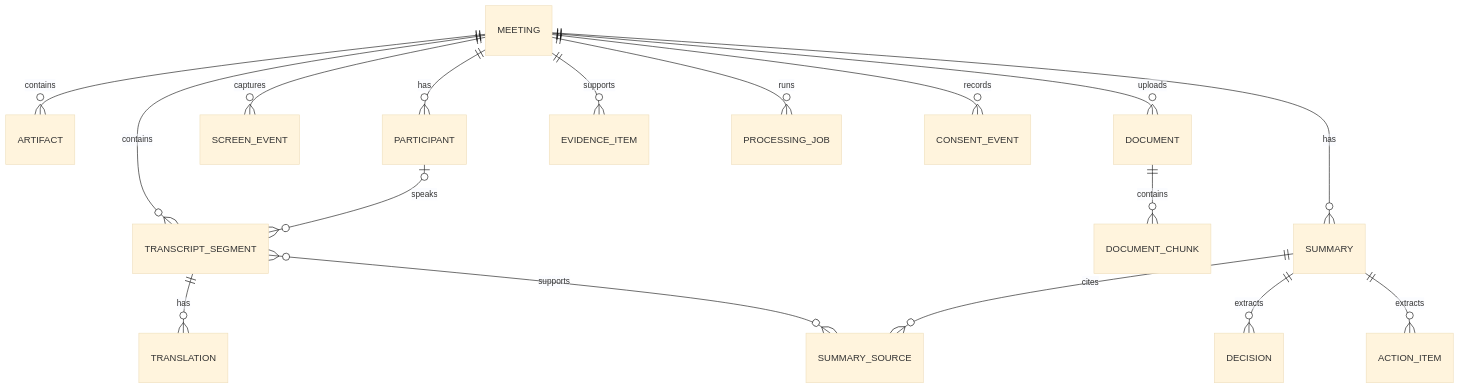
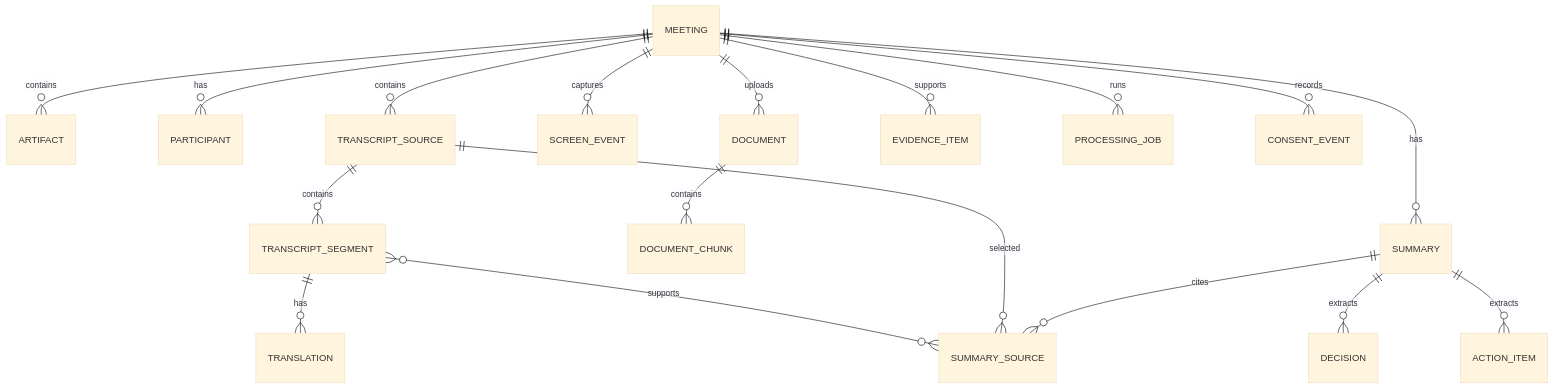
One commit to Gray-8a/MeetingLens changed the diagram in DATA_MODEL.md. Above: the diagram before and after it, drawn with Mermaid (base theme). The commit also changed other lines of this file and 7 other files, not shown here.

Commit message:
docs: prioritize transcript-first summary workflow (#15)

````diff
--- a/DATA_MODEL.md
+++ b/DATA_MODEL.md
@@ -14,19 +14,20 @@
 ```mermaid
 erDiagram
     MEETING ||--o{ ARTIFACT : contains
     MEETING ||--o{ PARTICIPANT : has
-    MEETING ||--o{ TRANSCRIPT_SEGMENT : contains
-    PARTICIPANT o|--o{ TRANSCRIPT_SEGMENT : speaks
+    MEETING ||--o{ TRANSCRIPT_SOURCE : contains
+    TRANSCRIPT_SOURCE ||--o{ TRANSCRIPT_SEGMENT : contains
     TRANSCRIPT_SEGMENT ||--o{ TRANSLATION : has
     MEETING ||--o{ SCREEN_EVENT : captures
     MEETING ||--o{ DOCUMENT : uploads
     DOCUMENT ||--o{ DOCUMENT_CHUNK : contains
     MEETING ||--o{ EVIDENCE_ITEM : supports
     MEETING ||--o{ SUMMARY : has
     SUMMARY ||--o{ DECISION : extracts
     SUMMARY ||--o{ ACTION_ITEM : extracts
     TRANSCRIPT_SEGMENT }o--o{ SUMMARY_SOURCE : supports
+    TRANSCRIPT_SOURCE ||--o{ SUMMARY_SOURCE : selected
     SUMMARY ||--o{ SUMMARY_SOURCE : cites
     MEETING ||--o{ PROCESSING_JOB : runs
     MEETING ||--o{ CONSENT_EVENT : records
 ```
````
